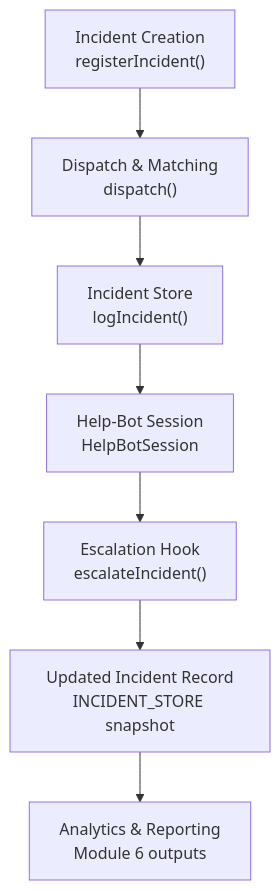
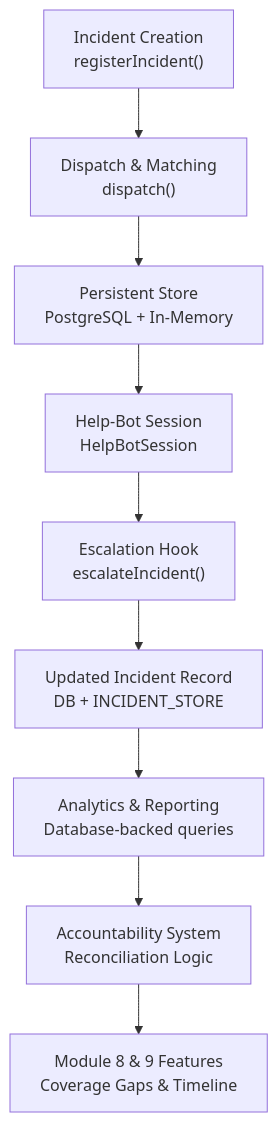
One commit to M-Rumman/LifeLine-Ride changed the first of 7 diagrams in .qoder/repowiki/en/content/Incident & Outcome Tracking.md. Above: the diagram before and after it, drawn with Mermaid. The commit also changed other lines of this file and 4121 other files, not shown here.

````diff
--- a/.qoder/repowiki/en/content/Incident & Outcome Tracking.md
+++ b/.qoder/repowiki/en/content/Incident & Outcome Tracking.md
@@ -36,9 +57,11 @@
 ```mermaid
 graph TB
 A["Incident Creation<br/>registerIncident()"] --> B["Dispatch & Matching<br/>dispatch()"]
-B --> C["Incident Store<br/>logIncident()"]
+B --> C["Persistent Store<br/>PostgreSQL + In-Memory"]
 C --> D["Help-Bot Session<br/>HelpBotSession"]
 D --> E["Escalation Hook<br/>escalateIncident()"]
-E --> F["Updated Incident Record<br/>INCIDENT_STORE snapshot"]
-F --> G["Analytics & Reporting<br/>Module 6 outputs"]
+E --> F["Updated Incident Record<br/>DB + INCIDENT_STORE"]
+F --> G["Analytics & Reporting<br/>Database-backed queries"]
+G --> H["Accountability System<br/>Reconciliation Logic"]
+H --> I["Module 8 & 9 Features<br/>Coverage Gaps & Timeline"]
 ```
````
